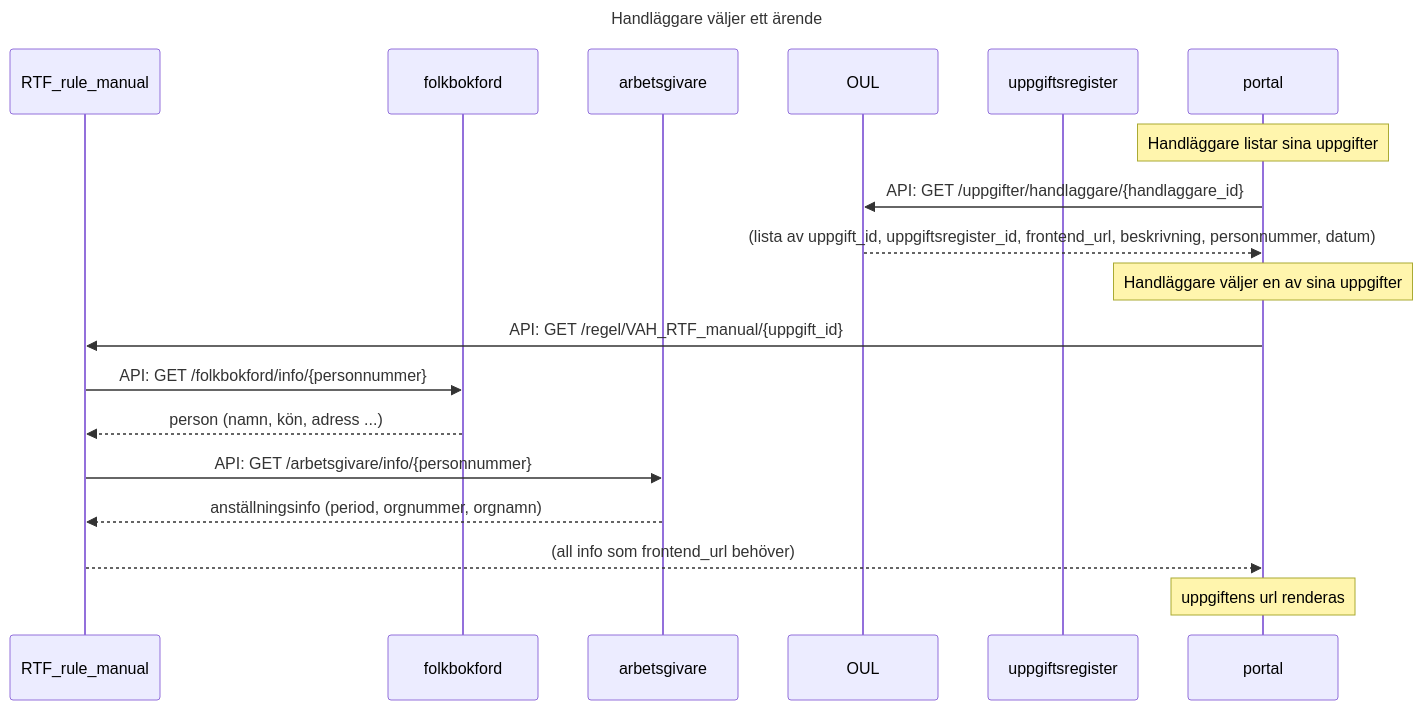
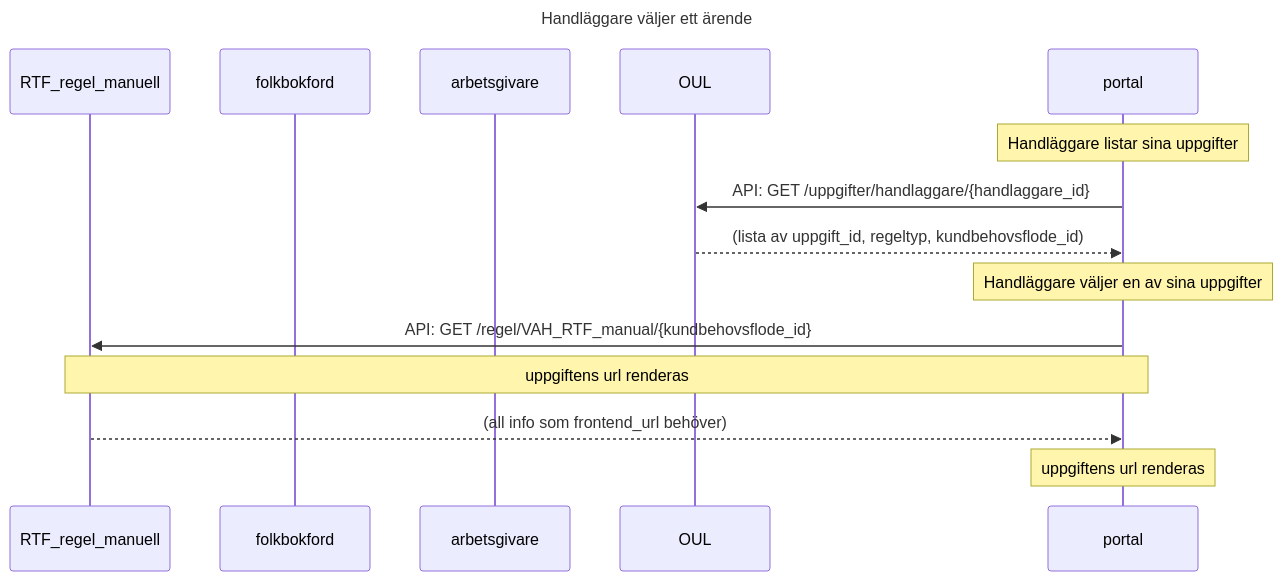
One commit to Forsakringskassan/rimfrost changed the diagram in sequences/handlaggare_lista_arenden.mmd. Above: the diagram before and after it, drawn with Mermaid. The commit also changed 1 other file, not shown here.

Commit message:
feature: sekvensdiagram för kundbehovsflöde

```diff
--- a/sequences/handlaggare_lista_arenden.mmd
+++ b/sequences/handlaggare_lista_arenden.mmd
@@ -1,25 +1,20 @@
 sequenceDiagram
     title Handläggare väljer ett ärende
-    participant RTF_rule_manual
+    participant RTF_regel_manuell
     participant folkbokford
     participant arbetsgivare
     participant OUL
-    participant uppgiftsregister
     participant portal
 
     note over portal: Handläggare listar sina uppgifter
     portal ->> OUL: API: GET /uppgifter/handlaggare/{handlaggare_id}
-    OUL -->> portal: (lista av uppgift_id, uppgiftsregister_id, frontend_url, beskrivning, personnummer, datum)
+    OUL -->> portal: (lista av uppgift_id, regeltyp, kundbehovsflode_id)
     note over portal: Handläggare väljer en av sina uppgifter
 
 
-    portal ->> RTF_rule_manual: API: GET /regel/VAH_RTF_manual/{uppgift_id}
-    RTF_rule_manual ->> folkbokford: API: GET /folkbokford/info/{personnummer}
-    folkbokford -->> RTF_rule_manual: person (namn, kön, adress ...)
+    portal ->> RTF_regel_manuell: API: GET /regel/VAH_RTF_manual/{kundbehovsflode_id}
+    note over RTF_regel_manuell, portal: uppgiftens url renderas
 
-    RTF_rule_manual ->> arbetsgivare: API: GET /arbetsgivare/info/{personnummer}
-    arbetsgivare -->> RTF_rule_manual: anställningsinfo (period, orgnummer, orgnamn)
-
-    RTF_rule_manual -->> portal: (all info som frontend_url behöver)
+    RTF_regel_manuell -->> portal: (all info som frontend_url behöver)
 
     note over portal: uppgiftens url renderas
```
